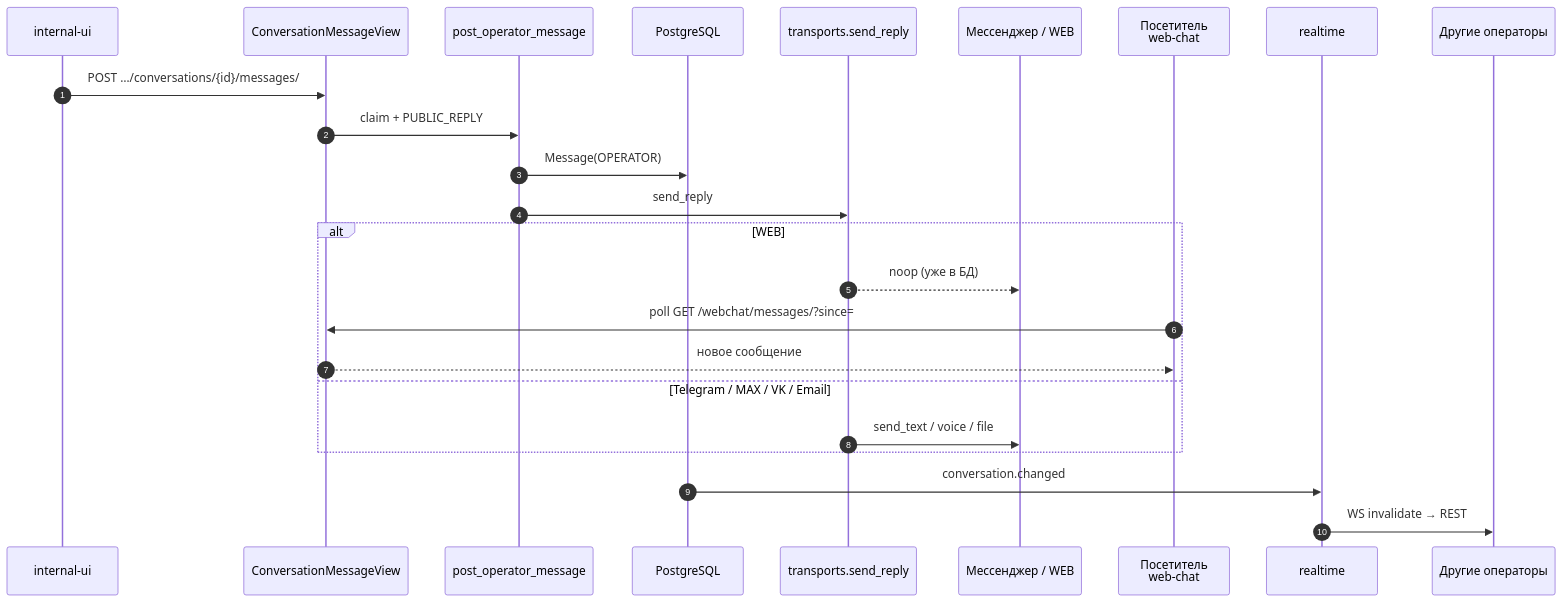
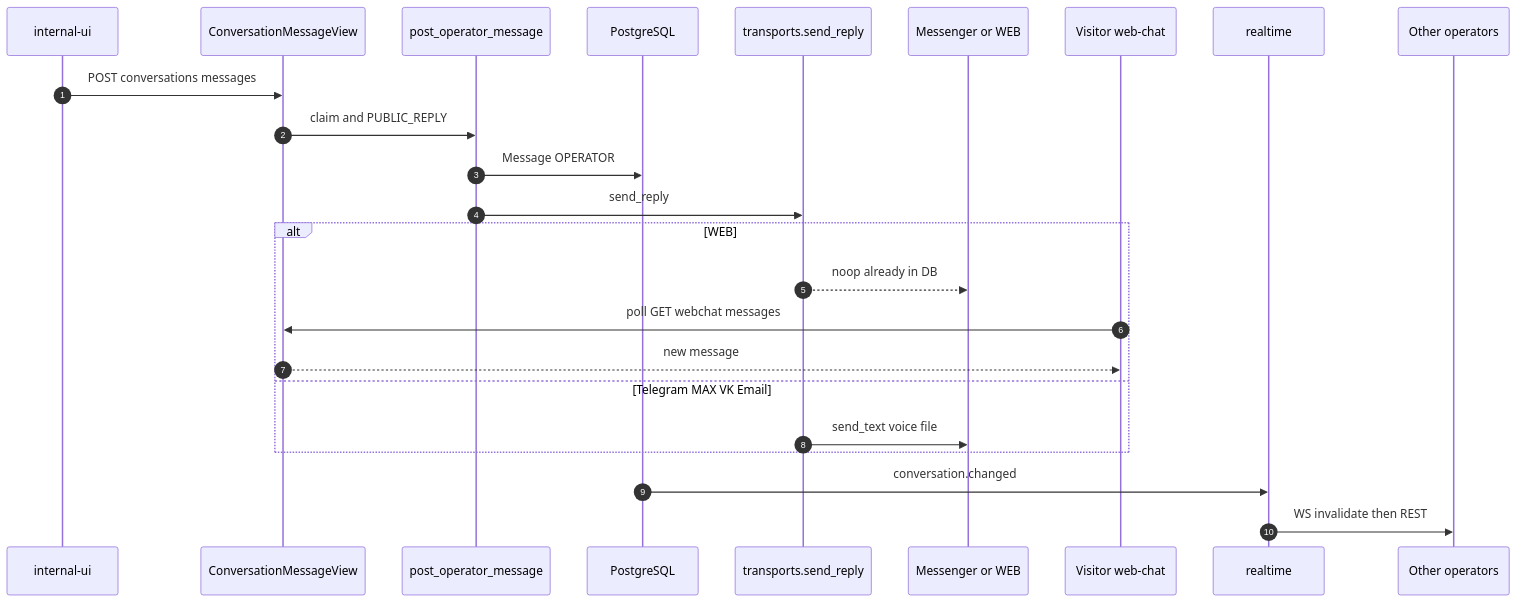
The fifth of 7 diagrams in chatballs/architecture-message-flow.md (antirek/chats-architecture), drawn with Mermaid before and after one commit. The commit also changed other lines of this file, not shown here.

````diff
--- a/chatballs/architecture-message-flow.md
+++ b/chatballs/architecture-message-flow.md
@@ -204,27 +204,27 @@
 ```mermaid
 sequenceDiagram
   autonumber
   participant UI as internal-ui
   participant MV as ConversationMessageView
   participant POM as post_operator_message
   participant DB as PostgreSQL
   participant TR as transports.send_reply
-  participant EXT as Мессенджер / WEB
-  participant V as Посетитель<br/>web-chat
+  participant EXT as Messenger or WEB
+  participant V as Visitor web-chat
   participant RT as realtime
-  participant Peer as Другие операторы
+  participant Peer as Other operators
 
-  UI->>MV: POST …/conversations/{id}/messages/
-  MV->>POM: claim + PUBLIC_REPLY
-  POM->>DB: Message(OPERATOR)
+  UI->>MV: POST conversations messages
+  MV->>POM: claim and PUBLIC_REPLY
+  POM->>DB: Message OPERATOR
   POM->>TR: send_reply
   alt WEB
-    TR-->>EXT: noop (уже в БД)
-    V->>MV: poll GET /webchat/messages/?since=
-    MV-->>V: новое сообщение
-  else Telegram / MAX / VK / Email
-    TR->>EXT: send_text / voice / file
+    TR-->>EXT: noop already in DB
+    V->>MV: poll GET webchat messages
+    MV-->>V: new message
+  else Telegram MAX VK Email
+    TR->>EXT: send_text voice file
   end
   DB->>RT: conversation.changed
-  RT->>Peer: WS invalidate → REST
+  RT->>Peer: WS invalidate then REST
 ```
````
